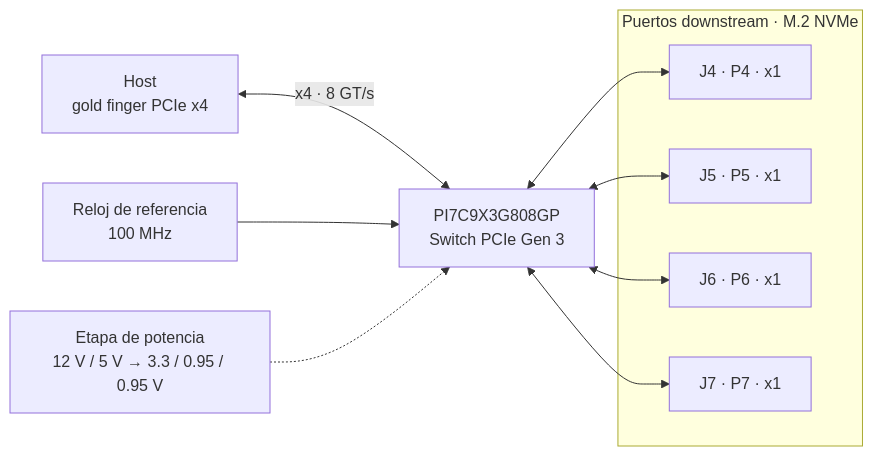
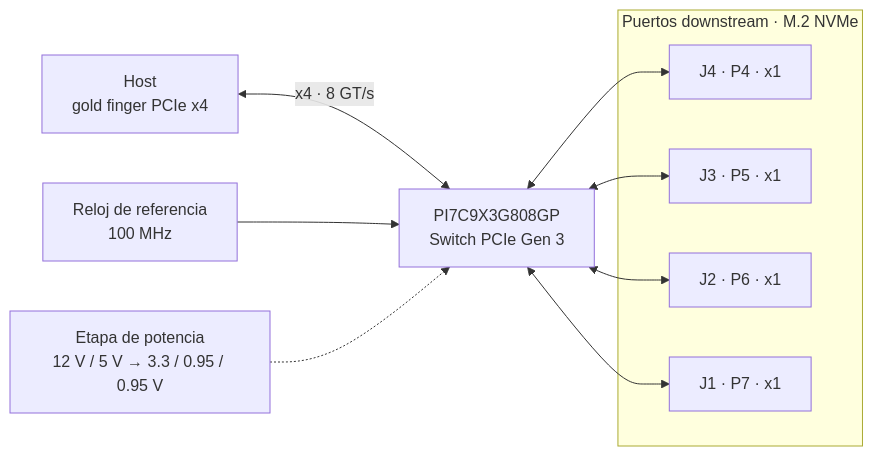
One commit to ksflores-cmyk/PCIe808_SW changed the first of 2 diagrams in README.md. Above: the diagram before and after it, drawn with Mermaid. The commit also changed other lines of this file and 35 other files, not shown here.

````diff
--- a/README.md
+++ b/README.md
@@ -98,13 +98,13 @@
 ```mermaid
 flowchart LR
     HOST["Host<br/>gold finger PCIe x4"] <-->|"x4 · 8 GT/s"| SW["PI7C9X3G808GP<br/>Switch PCIe Gen 3"]
     CLK["Reloj de referencia<br/>100 MHz"] --> SW
     PWR["Etapa de potencia<br/>12 V / 5 V → 3.3 / 0.95 / 0.95 V"] -.-> SW
     subgraph DS["Puertos downstream · M.2 NVMe"]
         S4["J4 · P4 · x1"]
-        S5["J5 · P5 · x1"]
-        S6["J6 · P6 · x1"]
-        S7["J7 · P7 · x1"]
+        S5["J3 · P5 · x1"]
+        S6["J2 · P6 · x1"]
+        S7["J1 · P7 · x1"]
     end
     SW <--> S4 & S5 & S6 & S7
 ```
````
